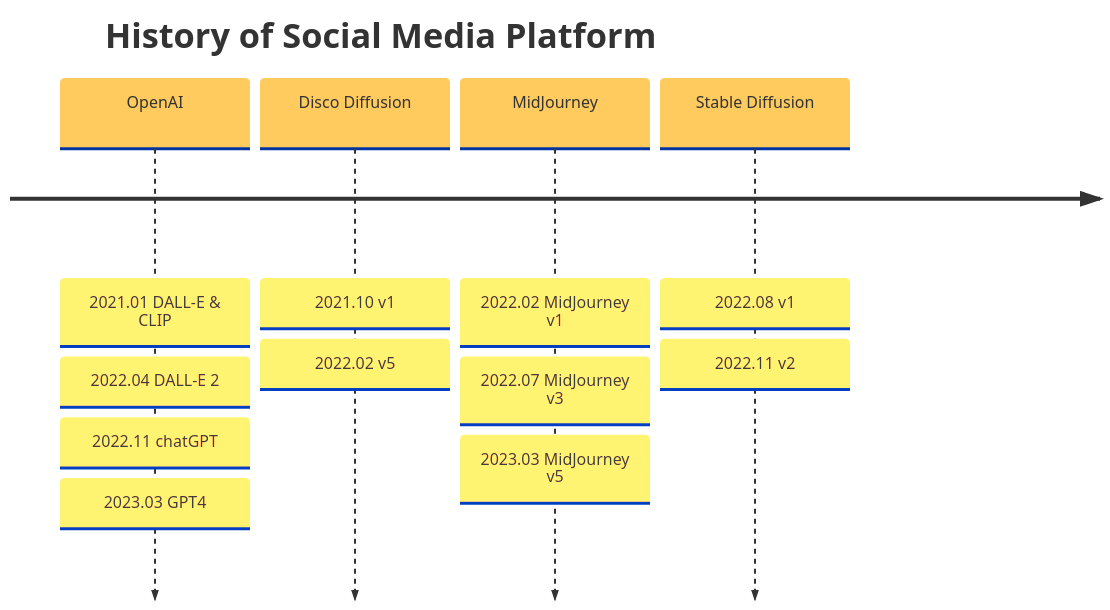
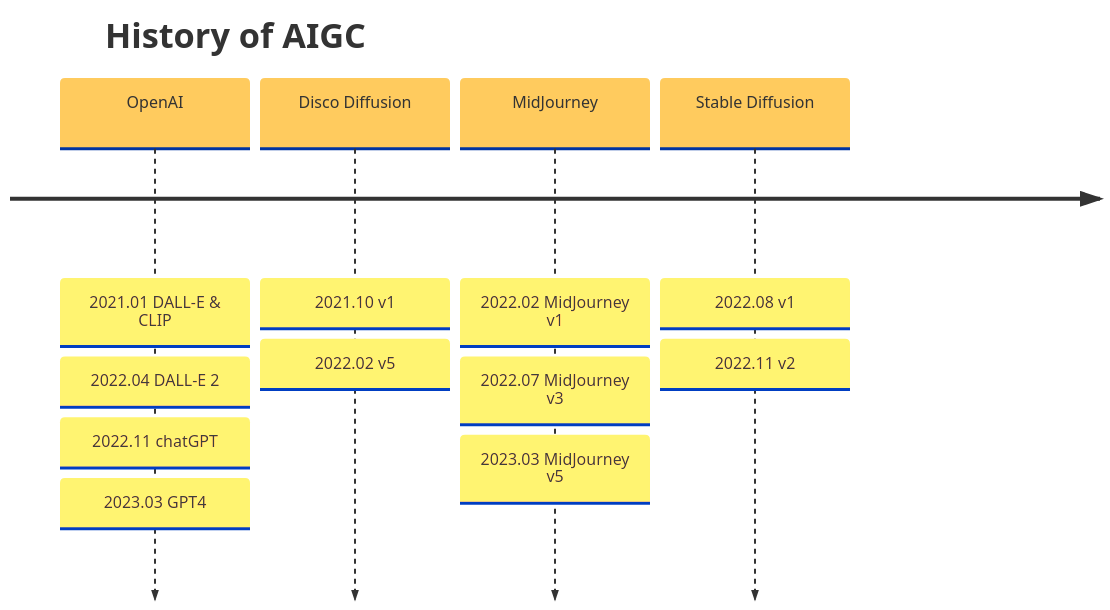
One commit to junxnone/aiwiki changed the second of 2 diagrams in docs/0374_Hot_AIGC.md. Above: the diagram before and after it, drawn with Mermaid. The commit also changed other lines of this file, not shown here.

Commit message:
Add new comment

````diff
--- a/docs/0374_Hot_AIGC.md
+++ b/docs/0374_Hot_AIGC.md
@@ -43,16 +43,16 @@
 ```mermaid
    %%{init: { 'logLevel': 'debug', 'theme': 'base', 'timeline': {'disableMulticolor': true}}}%%
     timeline
-        title History of Social Media Platform
+        title History of AIGC
             OpenAI  :  2021.01 DALL-E & CLIP 
                     : 2022.04 DALL-E 2
                     : 2022.11 chatGPT
                     : 2023.03 GPT4
             Disco Diffusion : 2021.10 v1 
                             : 2022.02 v5
             MidJourney  : 2022.02 MidJourney v1 
                         : 2022.07 MidJourney v3
                         : 2023.03  MidJourney v5
             Stable Diffusion    : 2022.08 v1 
                                 : 2022.11 v2      
 ```
````
